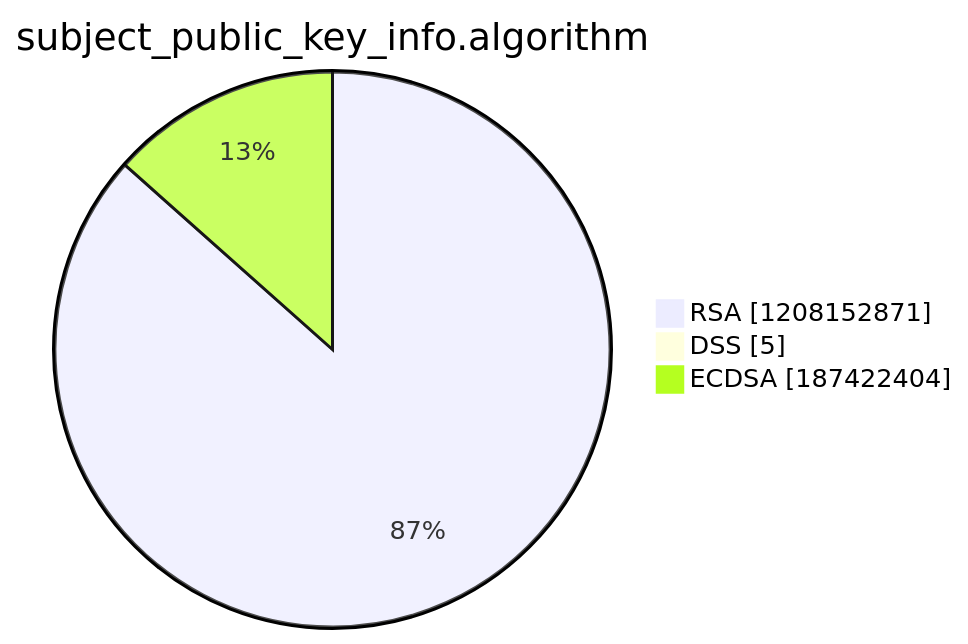
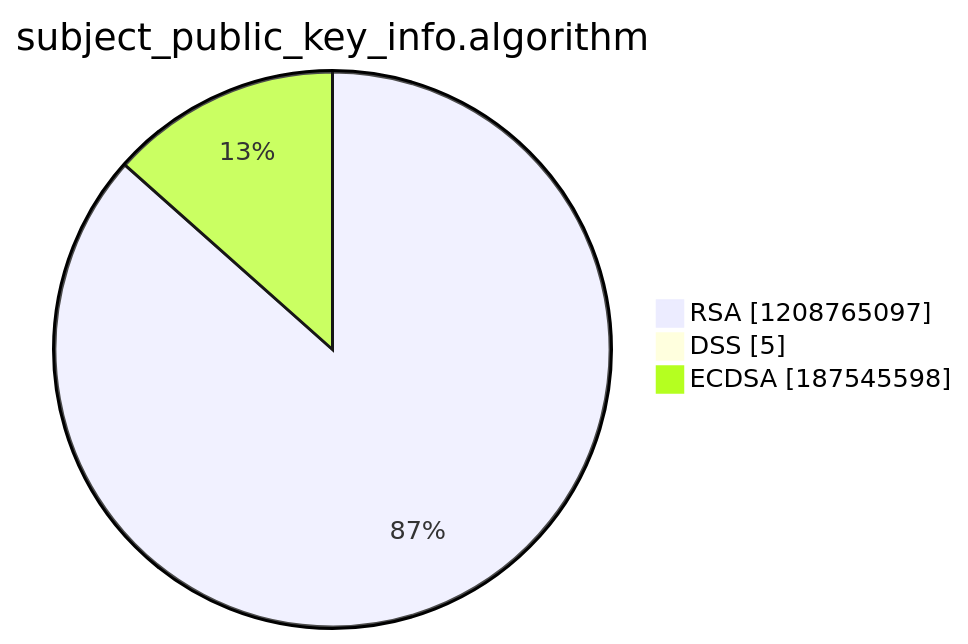
One commit to christiankrug/ctmonitor_visualization changed the third of 15 diagrams in argon2022/README.md. Above: the diagram before and after it, drawn with Mermaid. The commit also changed other lines of this file, not shown here.

````diff
--- a/argon2022/README.md
+++ b/argon2022/README.md
@@ -14,7 +14,7 @@
 ```mermaid
 pie showData
 title subject_public_key_info.algorithm
-"RSA" :1208152871
+"RSA" :1208765097
 "DSS" :5
-"ECDSA" :187422404
+"ECDSA" :187545598
 ```
````
